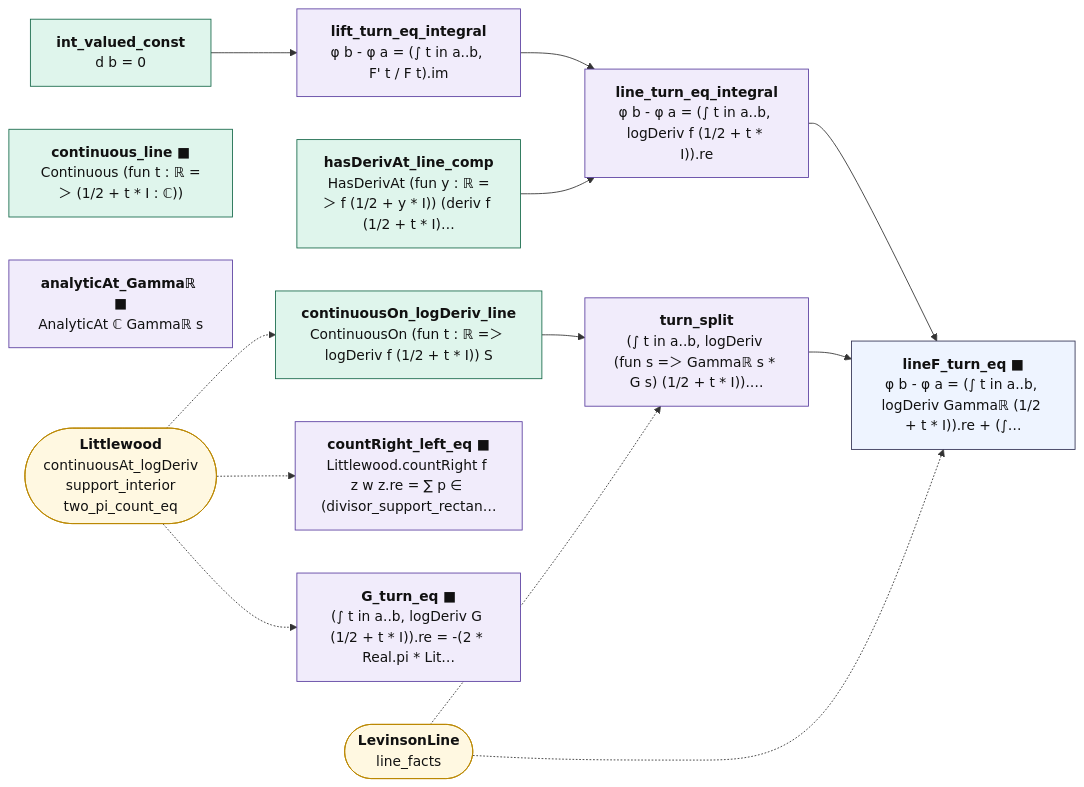
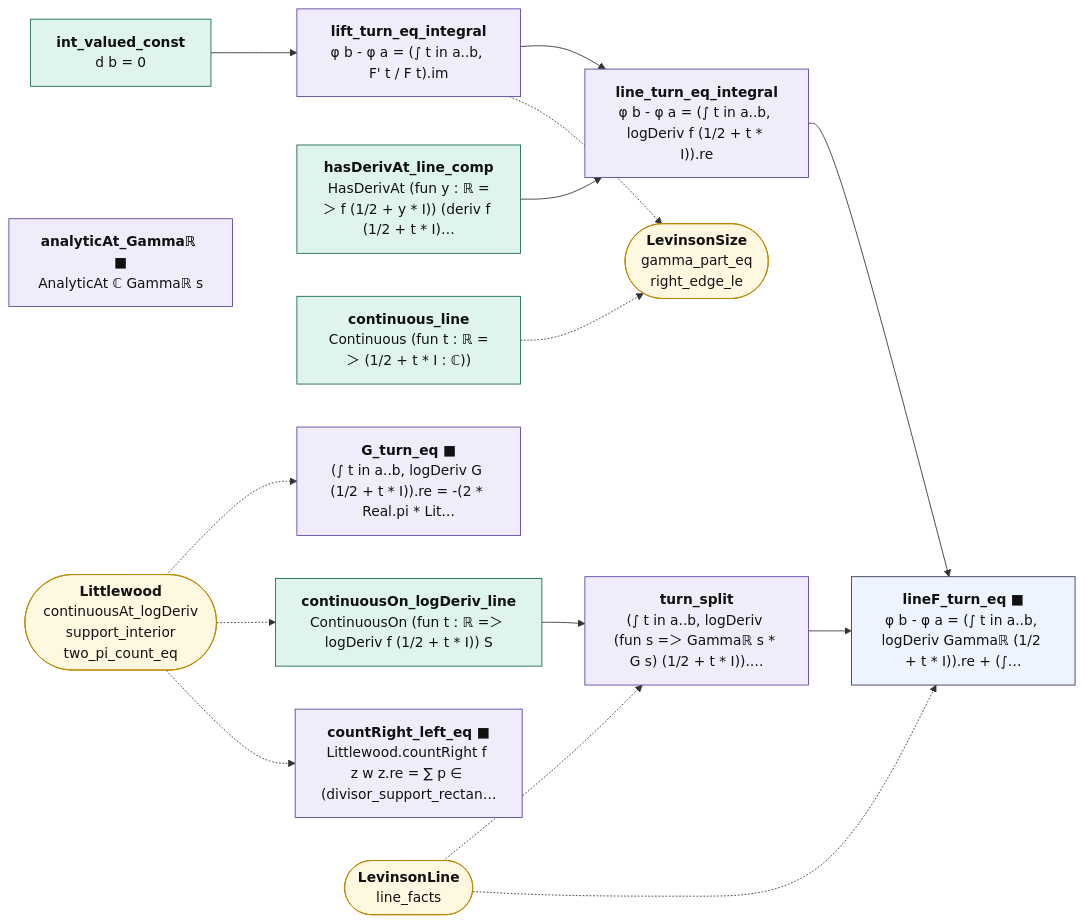
One commit to juliansambranojr/Primebeat_081426 changed the diagram in map/lean_stage3/LevinsonTurn.mmd. Above: the diagram before and after it, drawn with Mermaid. The commit also changed 23 other files, not shown here.

```diff
--- a/map/lean_stage3/LevinsonTurn.mmd
+++ b/map/lean_stage3/LevinsonTurn.mmd
@@ -1,33 +1,36 @@
 flowchart LR
   n0["<b>int_valued_const</b><br/>d b = 0"]:::cnt
   n1["<b>lift_turn_eq_integral</b><br/>φ b - φ a = (∫ t in a..b, F' t / F t).im"]:::shp
   n2["<b>hasDerivAt_line_comp</b><br/>HasDerivAt (fun y : ℝ =＞ f (1/2 + y * I)) (deriv f (1/2 + t * I)…"]:::cnt
-  n3["<b>continuous_line ■</b><br/>Continuous (fun t : ℝ =＞ (1/2 + t * I : ℂ))"]:::cnt
+  n3["<b>continuous_line</b><br/>Continuous (fun t : ℝ =＞ (1/2 + t * I : ℂ))"]:::cnt
   n4["<b>line_turn_eq_integral</b><br/>φ b - φ a = (∫ t in a..b, logDeriv f (1/2 + t * I)).re"]:::shp
   n5["<b>continuousOn_logDeriv_line</b><br/>ContinuousOn (fun t : ℝ =＞ logDeriv f (1/2 + t * I)) S"]:::cnt
   n6["<b>analyticAt_Gammaℝ ■</b><br/>AnalyticAt ℂ Gammaℝ s"]:::shp
   n7["<b>turn_split</b><br/>(∫ t in a..b, logDeriv (fun s =＞ Gammaℝ s * G s) (1/2 + t * I)).…"]:::shp
   n8["<b>lineF_turn_eq ■</b><br/>φ b - φ a = (∫ t in a..b, logDeriv Gammaℝ (1/2 + t * I)).re + (∫…"]:::thm
   n9["<b>countRight_left_eq ■</b><br/>Littlewood.countRight f z w z.re = ∑ p ∈ (divisor_support_rectan…"]:::shp
   n10["<b>G_turn_eq ■</b><br/>(∫ t in a..b, logDeriv G (1/2 + t * I)).re = -(2 * Real.pi * Lit…"]:::shp
-  x0(["<b>Littlewood</b><br/>continuousAt_logDeriv<br/>support_interior<br/>two_pi_count_eq"]):::ext
-  x1(["<b>LevinsonLine</b><br/>line_facts"]):::ext
+  x0(["<b>LevinsonSize</b><br/>gamma_part_eq<br/>right_edge_le"]):::ext
+  x1(["<b>Littlewood</b><br/>continuousAt_logDeriv<br/>support_interior<br/>two_pi_count_eq"]):::ext
+  x2(["<b>LevinsonLine</b><br/>line_facts"]):::ext
   n0 --> n1
   n1 --> n4
   n2 --> n4
   n4 --> n8
   n5 --> n7
   n7 --> n8
-  x0 -.-> n10
-  x0 -.-> n5
-  x0 -.-> n9
-  x1 -.-> n7
-  x1 -.-> n8
+  n1 -.-> x0
+  n3 -.-> x0
+  x1 -.-> n10
+  x1 -.-> n5
+  x1 -.-> n9
+  x2 -.-> n7
+  x2 -.-> n8
   classDef cnt fill:#dff5ec,stroke:#17694a,color:#111
   classDef shp fill:#f1ecfb,stroke:#5b3fa0,color:#111
   classDef rh fill:#ffe5e5,stroke:#c22,color:#111,stroke-width:2px
   classDef thm fill:#eef4ff,stroke:#335,color:#111
   classDef end_ fill:#e7f7e7,stroke:#2a7,color:#111,stroke-width:2px
   classDef lone fill:#fff,stroke:#999,color:#111,stroke-dasharray:4 3
   classDef bad fill:#ffe5e5,stroke:#c22,color:#111,stroke-width:2px
   classDef ext fill:#fff8e1,stroke:#b80,color:#111
```
